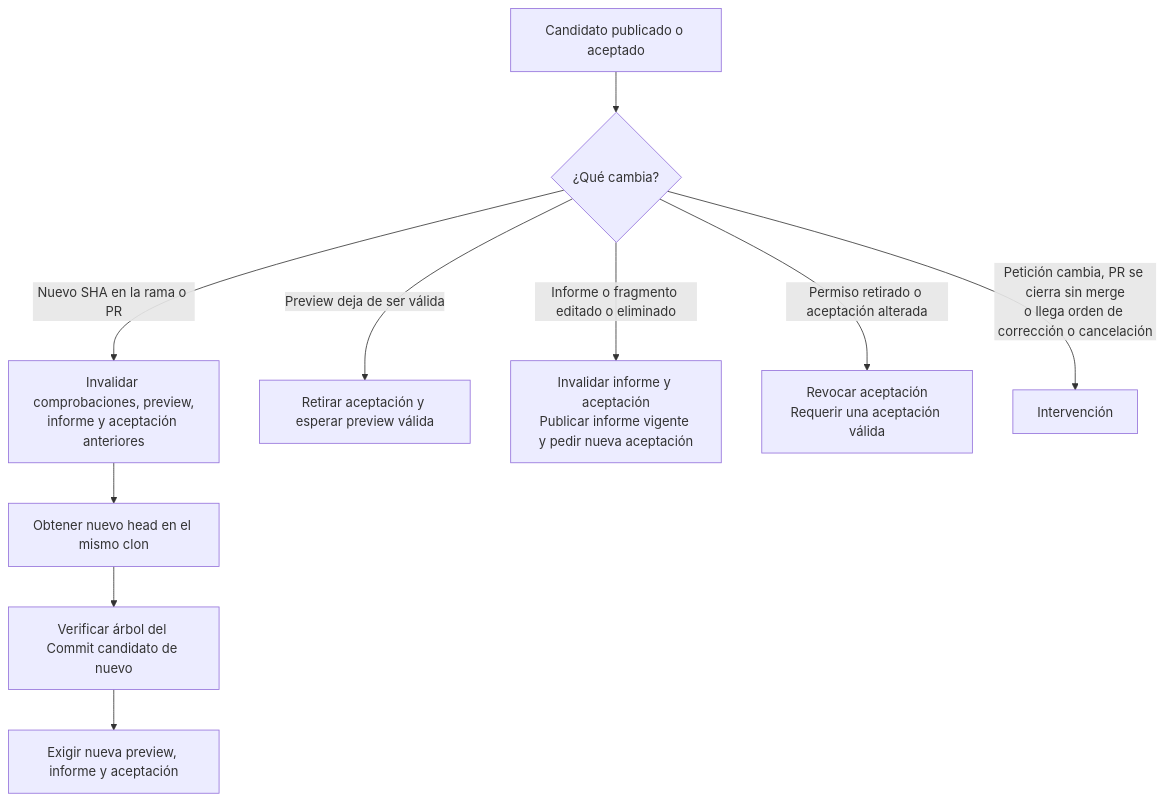
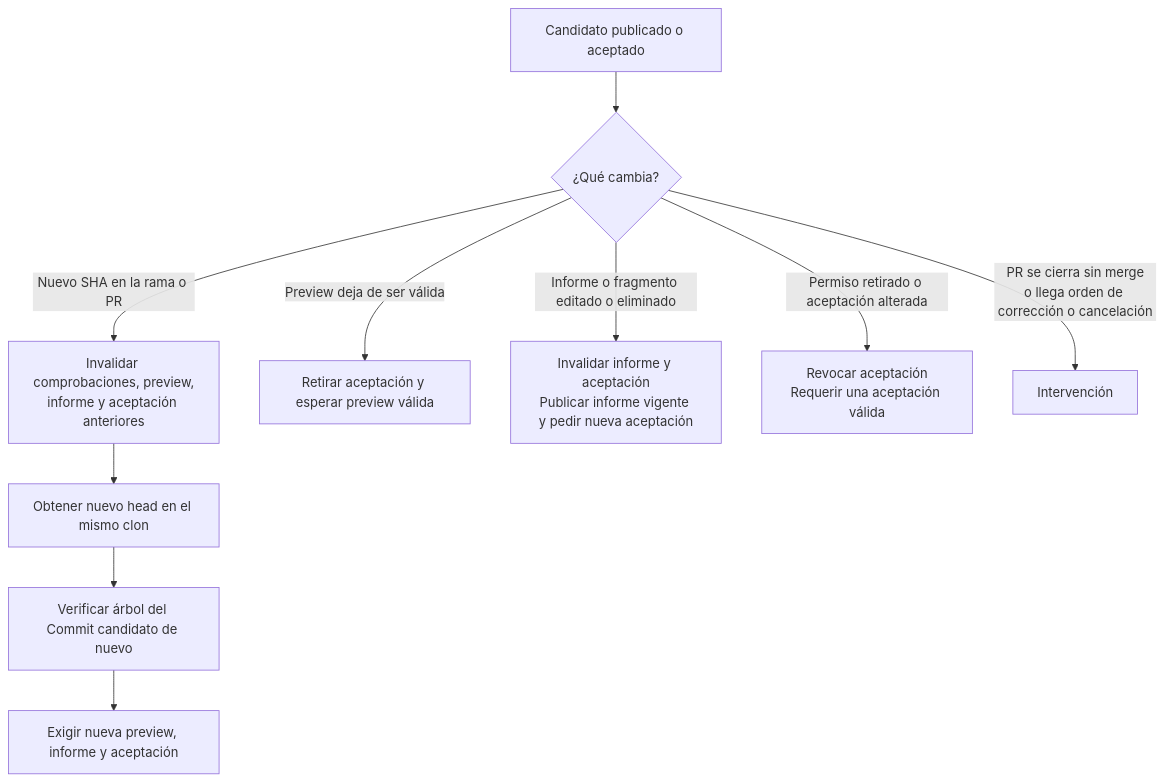
The fourth of 4 diagrams in docs/manual/03-verificacion-y-aceptacion.md (rubenbp/app-foundry), drawn with Mermaid before and after one commit. The commit also changed other lines of this file and 31 other files, not shown here.

````diff
--- a/docs/manual/03-verificacion-y-aceptacion.md
+++ b/docs/manual/03-verificacion-y-aceptacion.md
@@ -101,12 +101,12 @@
 ```mermaid
 flowchart TD
     A["Candidato publicado o aceptado"] --> C{"¿Qué cambia?"}
     C -->|"Nuevo SHA en la rama o PR"| V["Invalidar comprobaciones, preview,<br/>informe y aceptación anteriores"]
     V --> F["Obtener nuevo head en el mismo clon"]
     F --> T["Verificar árbol del Commit candidato de nuevo"]
     T --> R["Exigir nueva preview, informe y aceptación"]
     C -->|"Preview deja de ser válida"| P["Retirar aceptación y esperar preview válida"]
     C -->|"Informe o fragmento editado o eliminado"| I["Invalidar informe y aceptación<br/>Publicar informe vigente y pedir nueva aceptación"]
     C -->|"Permiso retirado o aceptación alterada"| H["Revocar aceptación<br/>Requerir una aceptación válida"]
-    C -->|"Petición cambia, PR se cierra sin merge<br/>o llega orden de corrección o cancelación"| X["Intervención"]
+    C -->|"PR se cierra sin merge<br/>o llega orden de corrección o cancelación"| X["Intervención"]
 ```
````
